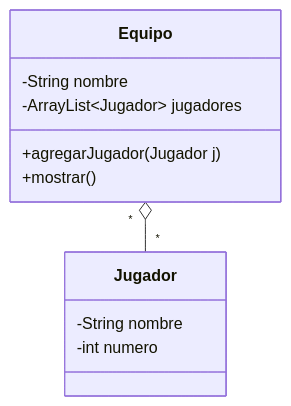
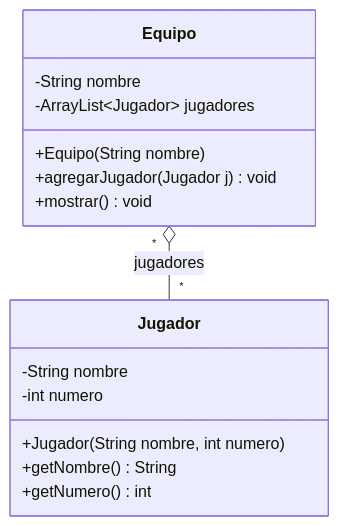
Before and after one commit to CursosProgramacionEP/USIL_SEMANA09: the third of 6 diagrams in EJERCICIOS_CLASE.md, drawn with Mermaid. The commit also changed other lines of this file, not shown here.

Commit message:
Prácticas: diagramas UML completos (atributos, constructores, getters y métodos)

````diff
--- a/EJERCICIOS_CLASE.md
+++ b/EJERCICIOS_CLASE.md
@@ -108,14 +119,18 @@
 ```mermaid
 classDiagram
     class Equipo {
         -String nombre
         -ArrayList~Jugador~ jugadores
-        +agregarJugador(Jugador j)
-        +mostrar()
+        +Equipo(String nombre)
+        +agregarJugador(Jugador j) void
+        +mostrar() void
     }
     class Jugador {
         -String nombre
         -int numero
+        +Jugador(String nombre, int numero)
+        +getNombre() String
+        +getNumero() int
     }
-    Equipo "*" o-- "*" Jugador
+    Equipo "*" o-- "*" Jugador : jugadores
 ```
````
